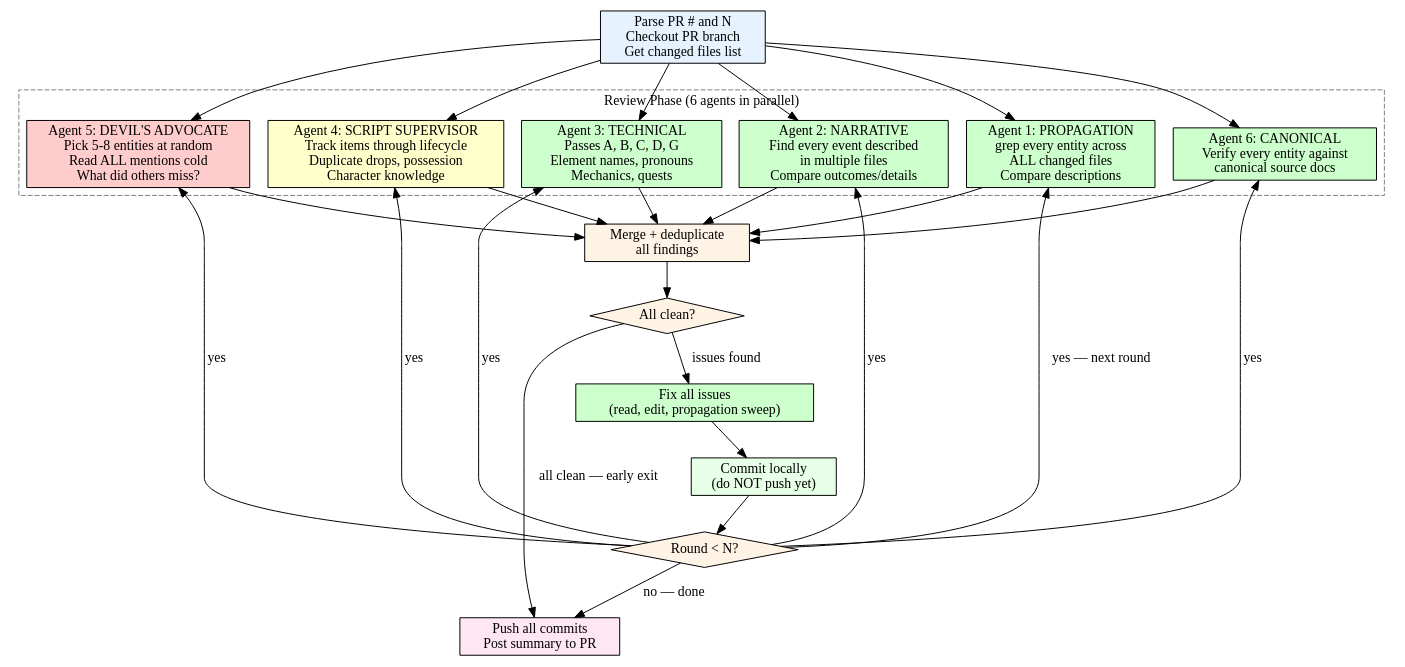
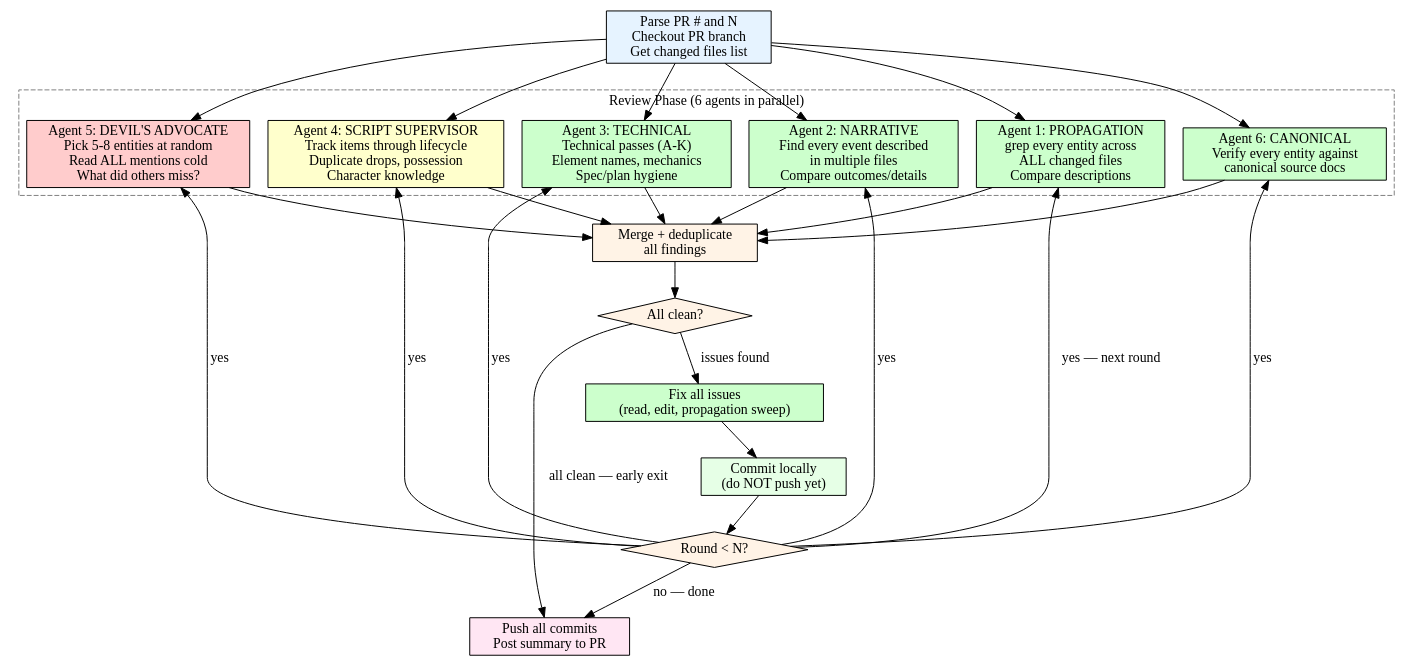
Before and after one commit to gcko/pendulum-of-despair: the diagram in .claude/skills/story-review-loop/SKILL.md, drawn with Graphviz. The commit also changed 5 other files, not shown here.

````diff
--- a/.claude/skills/story-review-loop/SKILL.md
+++ b/.claude/skills/story-review-loop/SKILL.md
@@ -61,53 +61,53 @@
 ```dot
 digraph review_loop {
     rankdir=TB;
     node [shape=box, style=filled, fillcolor=lightblue];
 
     start [label="Parse PR # and N\nCheckout PR branch\nGet changed files list", fillcolor="#e6f3ff"];
 
     subgraph cluster_review {
         label="Review Phase (6 agents in parallel)";
         style=dashed;
         color=grey;
 
         agent1 [label="Agent 1: PROPAGATION\ngrep every entity across\nALL changed files\nCompare descriptions", fillcolor="#ccffcc"];
         agent2 [label="Agent 2: NARRATIVE\nFind every event described\nin multiple files\nCompare outcomes/details", fillcolor="#ccffcc"];
-        agent3 [label="Agent 3: TECHNICAL\nPasses A, B, C, D, G\nElement names, pronouns\nMechanics, quests", fillcolor="#ccffcc"];
+        agent3 [label="Agent 3: TECHNICAL\nTechnical passes (A-K)\nElement names, mechanics\nSpec/plan hygiene", fillcolor="#ccffcc"];
         agent4 [label="Agent 4: SCRIPT SUPERVISOR\nTrack items through lifecycle\nDuplicate drops, possession\nCharacter knowledge", fillcolor="#ffffcc"];
         agent5 [label="Agent 5: DEVIL'S ADVOCATE\nPick 5-8 entities at random\nRead ALL mentions cold\nWhat did others miss?", fillcolor="#ffcccc"];
         agent6 [label="Agent 6: CANONICAL\nVerify every entity against\ncanonical source docs", fillcolor="#ccffcc"];
     }
 
     merge [label="Merge + deduplicate\nall findings", fillcolor="#fff3e6"];
     clean [label="All clean?", shape=diamond, fillcolor="#fff3e6"];
     fix [label="Fix all issues\n(read, edit, propagation sweep)", fillcolor="#ccffcc"];
     commit [label="Commit locally\n(do NOT push yet)", fillcolor="#e6ffe6"];
     count [label="Round < N?", shape=diamond, fillcolor="#fff3e6"];
     push [label="Push all commits\nPost summary to PR", fillcolor="#ffe6f3"];
 
     start -> agent1;
     start -> agent2;
     start -> agent3;
     start -> agent4;
     start -> agent5;
     start -> agent6;
     agent1 -> merge;
     agent2 -> merge;
     agent3 -> merge;
     agent4 -> merge;
     agent5 -> merge;
     agent6 -> merge;
     merge -> clean;
     clean -> fix [label="issues found"];
     clean -> push [label="all clean — early exit"];
     fix -> commit;
     commit -> count;
     count -> agent1 [label="yes — next round"];
     count -> agent2 [label="yes"];
     count -> agent3 [label="yes"];
     count -> agent4 [label="yes"];
     count -> agent5 [label="yes"];
     count -> agent6 [label="yes"];
     count -> push [label="no — done"];
 }
 ```
````
